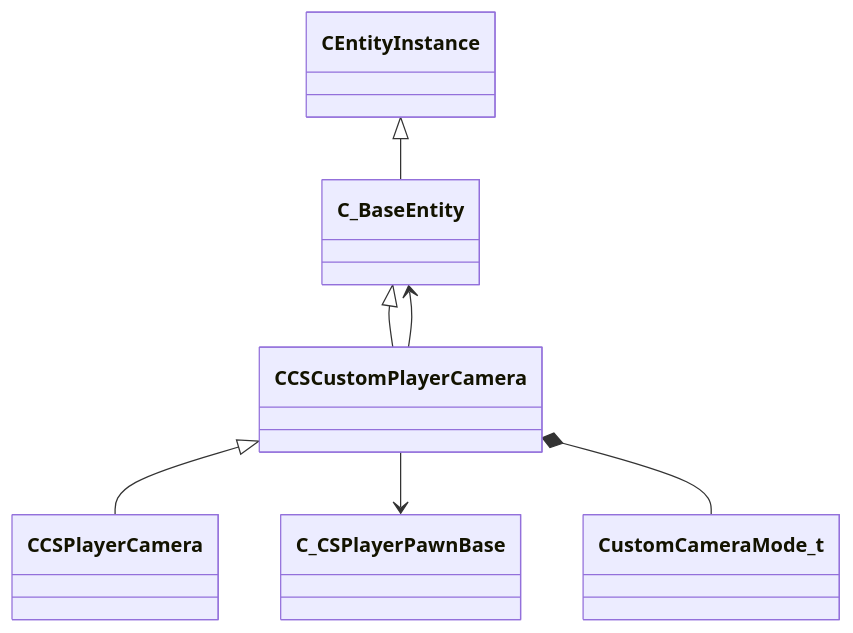
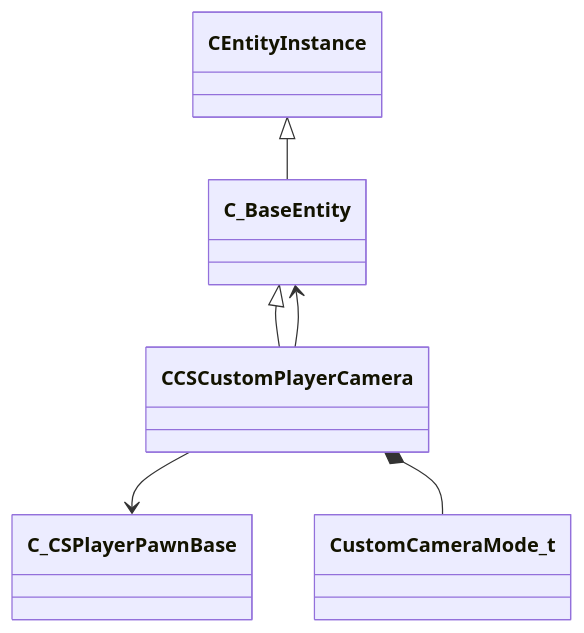
One commit to CS2OpenDev/CS2OpenDev-Docs changed the diagram in docs/generated/schemas/client/CCSCustomPlayerCamera.md. Above: the diagram before and after it, drawn with Mermaid. The commit also changed other lines of this file and 4654 other files, not shown here.

Commit message:
docs: regenerate for SchemaTracker build 25947352 [skip ci]

````diff
--- a/docs/generated/schemas/client/CCSCustomPlayerCamera.md
+++ b/docs/generated/schemas/client/CCSCustomPlayerCamera.md
@@ -23,9 +21,8 @@
 ```mermaid
 classDiagram
     C_BaseEntity <|-- CCSCustomPlayerCamera
     CEntityInstance <|-- C_BaseEntity
-    CCSCustomPlayerCamera <|-- CCSPlayerCamera
     CCSCustomPlayerCamera --> C_CSPlayerPawnBase
     CCSCustomPlayerCamera *-- CustomCameraMode_t
     CCSCustomPlayerCamera --> C_BaseEntity
 ```
````
